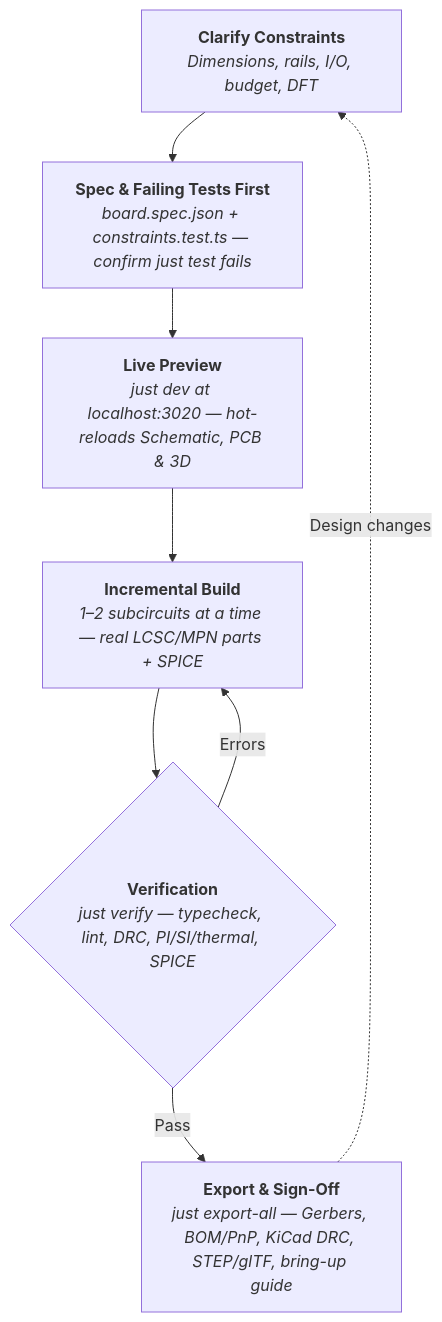
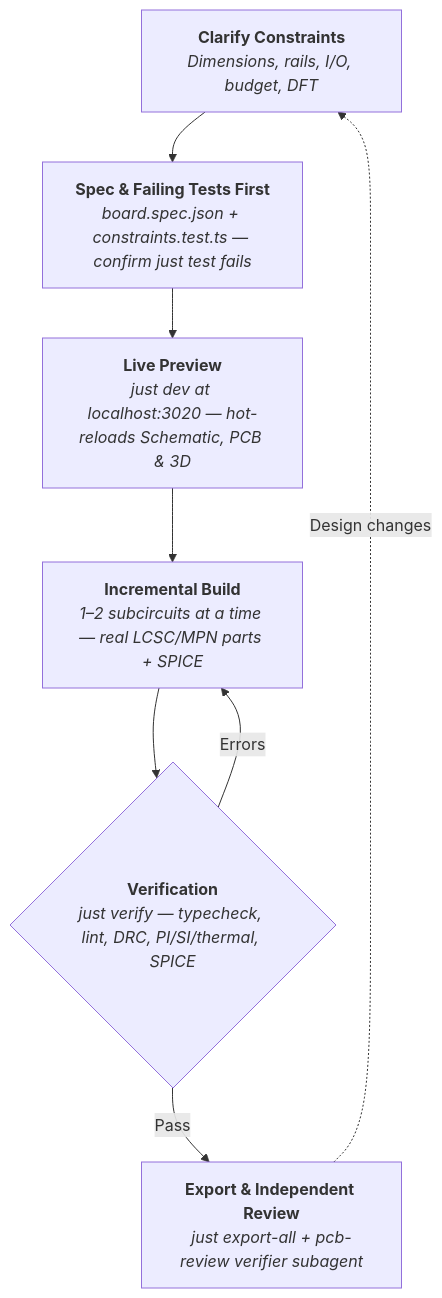
Before and after one commit to danimalquackers/AgenticBoards: the diagram in README.md, drawn with Mermaid. The commit also changed 4 other files, not shown here.

````diff
--- a/README.md
+++ b/README.md
@@ -50,20 +50,20 @@
 ```mermaid
 flowchart TD
   A["`**Clarify Constraints**
   *Dimensions, rails, I/O, budget, DFT*`"]
   B["`**Spec & Failing Tests First**
   *board.spec.json + constraints.test.ts — confirm just test fails*`"]
   C["`**Live Preview**
   *just dev at localhost:3020 — hot-reloads Schematic, PCB & 3D*`"]
   D["`**Incremental Build**
   *1–2 subcircuits at a time — real LCSC/MPN parts + SPICE*`"]
   E{"`**Verification**
   *just verify — typecheck, lint, DRC, PI/SI/thermal, SPICE*`"}
-  F["`**Export & Sign-Off**
-  *just export-all — Gerbers, BOM/PnP, KiCad DRC, STEP/glTF, bring-up guide*`"]
+  F["`**Export & Independent Review**
+  *just export-all + pcb-review verifier subagent*`"]
 
   A --> B --> C --> D --> E
   E -- "Errors" --> D
   E -- "Pass" --> F
   F -. "Design changes" .-> A
 ```
````
